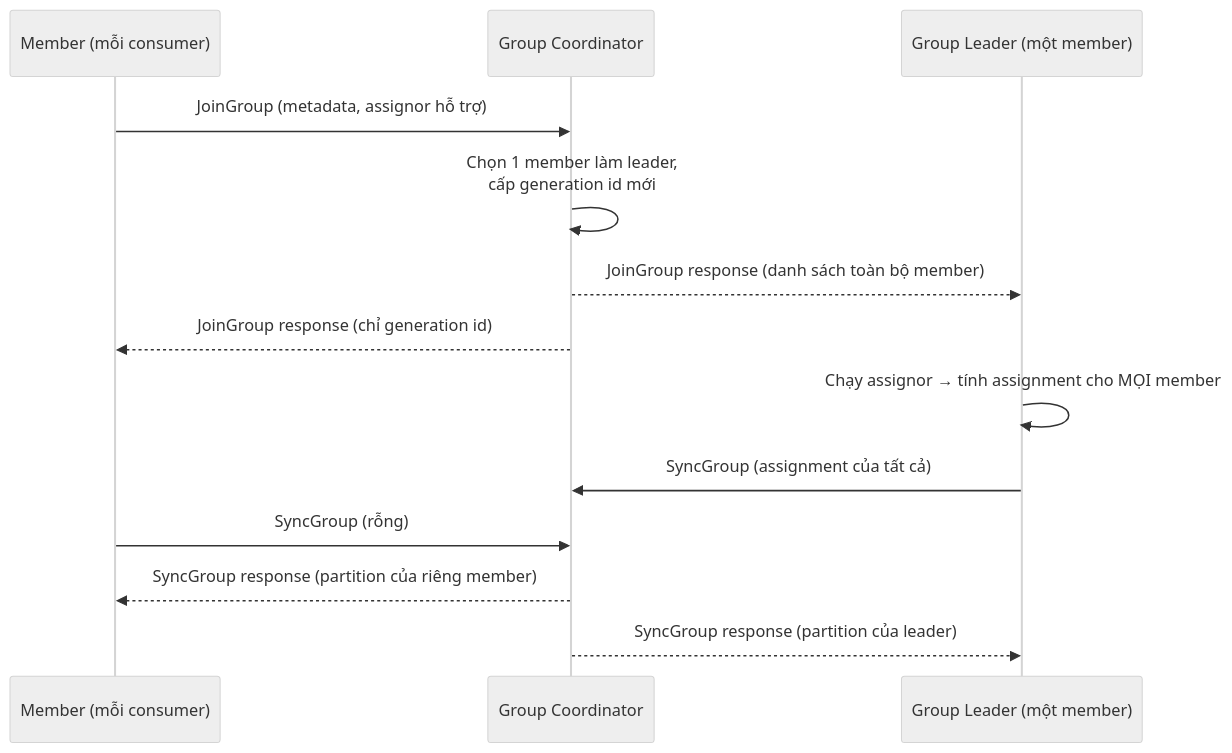
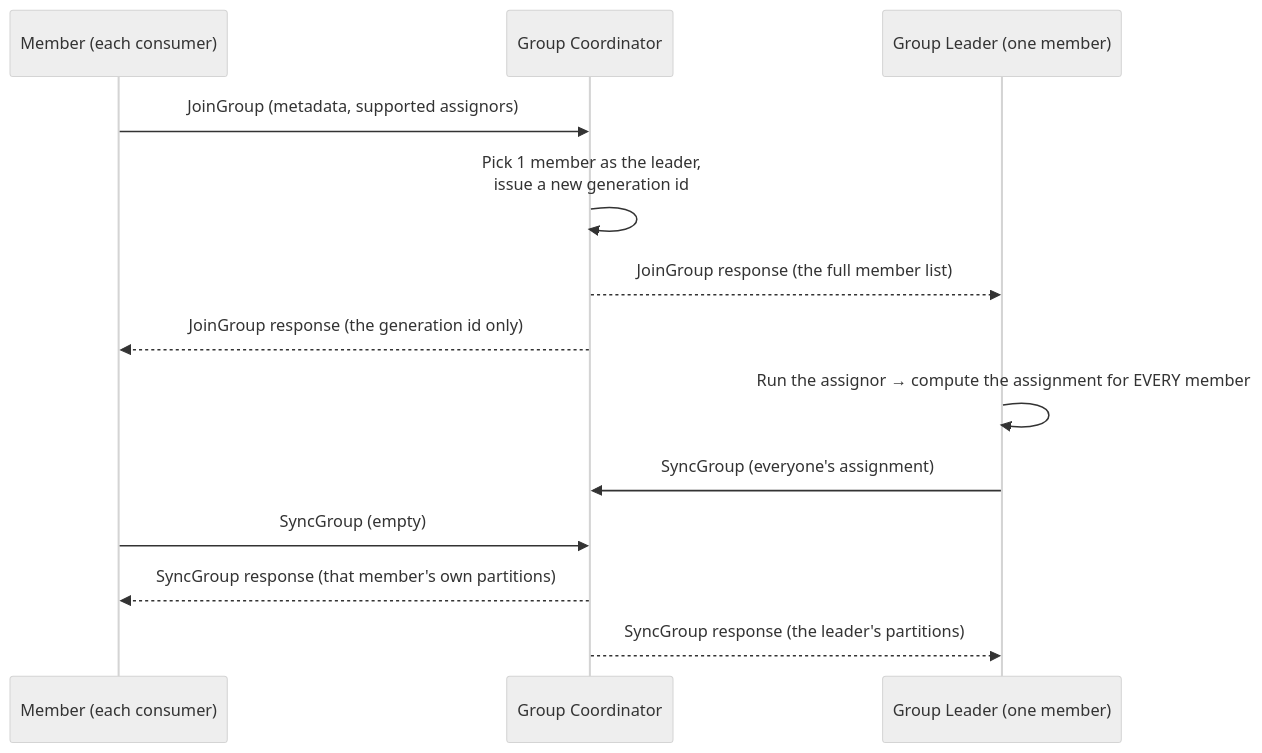
Before and after one commit to vuhoang001/knowledge: the first of 3 diagrams in i18n/en/docusaurus-plugin-content-docs/current/etl/kafka/skills/consumer-groups.md, drawn with Mermaid (neutral theme). The commit also changed other lines of this file and 21 other files, not shown here.

````diff
--- a/i18n/en/docusaurus-plugin-content-docs/current/etl/kafka/skills/consumer-groups.md
+++ b/i18n/en/docusaurus-plugin-content-docs/current/etl/kafka/skills/consumer-groups.md
@@ -36,15 +35,15 @@
 ```mermaid
 sequenceDiagram
-  participant M as Member (mỗi consumer)
+  participant M as Member (each consumer)
   participant C as Group Coordinator
-  participant L as Group Leader (một member)
-  M->>C: JoinGroup (metadata, assignor hỗ trợ)
-  C->>C: Chọn 1 member làm leader,<br/>cấp generation id mới
-  C-->>L: JoinGroup response (danh sách toàn bộ member)
-  C-->>M: JoinGroup response (chỉ generation id)
-  L->>L: Chạy assignor → tính assignment cho MỌI member
-  L->>C: SyncGroup (assignment của tất cả)
-  M->>C: SyncGroup (rỗng)
-  C-->>M: SyncGroup response (partition của riêng member)
-  C-->>L: SyncGroup response (partition của leader)
+  participant L as Group Leader (one member)
+  M->>C: JoinGroup (metadata, supported assignors)
+  C->>C: Pick 1 member as the leader,<br/>issue a new generation id
+  C-->>L: JoinGroup response (the full member list)
+  C-->>M: JoinGroup response (the generation id only)
+  L->>L: Run the assignor → compute the assignment for EVERY member
+  L->>C: SyncGroup (everyone's assignment)
+  M->>C: SyncGroup (empty)
+  C-->>M: SyncGroup response (that member's own partitions)
+  C-->>L: SyncGroup response (the leader's partitions)
 ```
````
